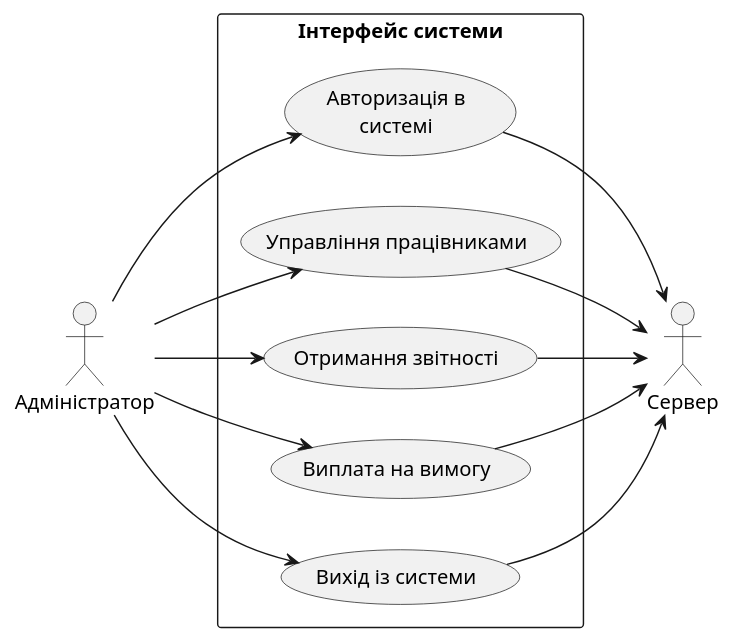
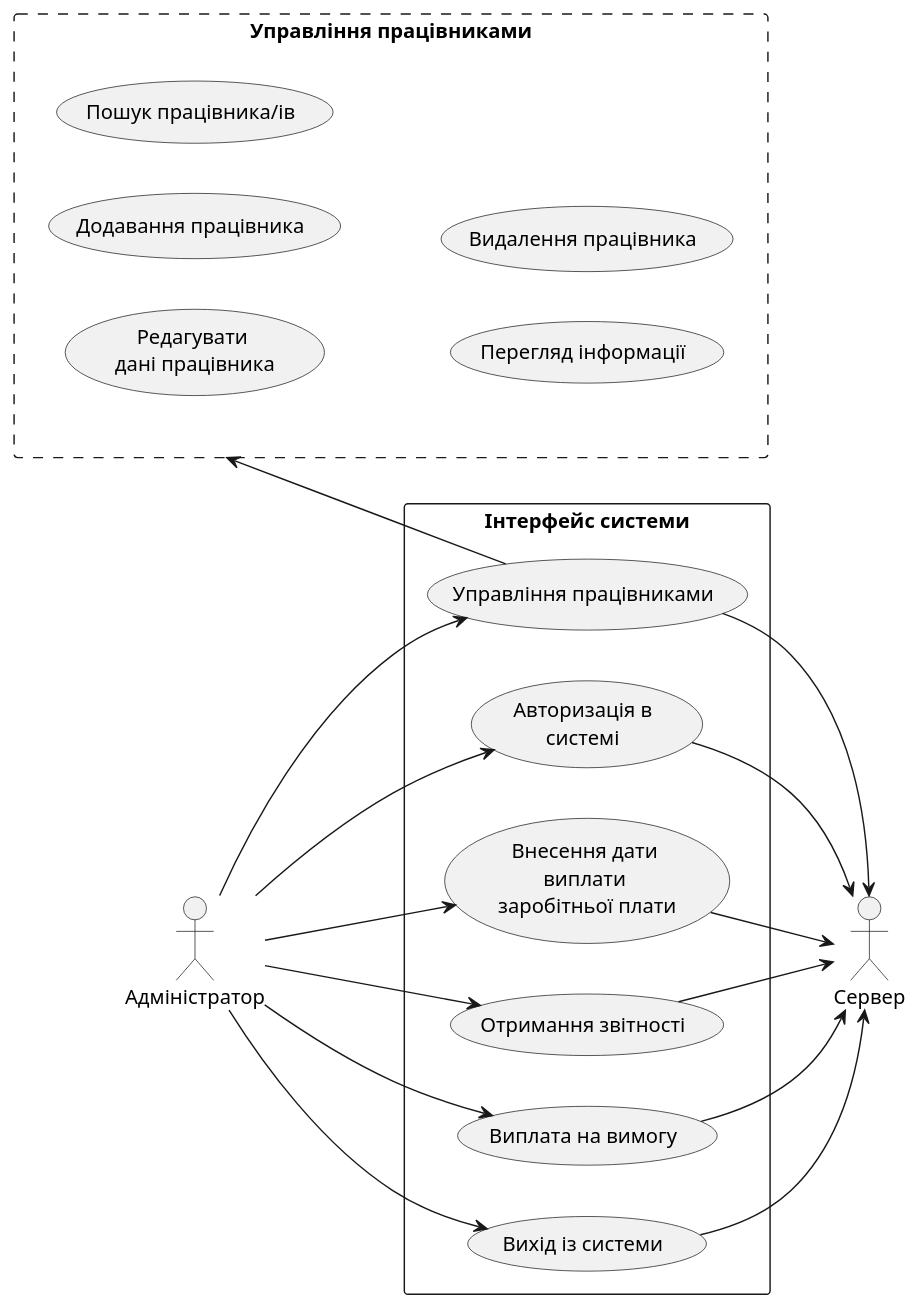
The diagram in Labs/Lab#1/Project/UML/ClientSide/action_diagram.puml (kzlk/PayrollEmployeeSystem), drawn with PlantUML before and after one commit. The commit also changed 112 other files, not shown here.

```diff
--- a/Labs/Lab#1/Project/UML/ClientSide/action_diagram.puml
+++ b/Labs/Lab#1/Project/UML/ClientSide/action_diagram.puml
@@ -1,25 +1,39 @@
 @startuml
 left to right direction
 actor "Адміністратор" as admin
 actor "Сервер" as server 
+left to right direction
+rectangle "Управління працівниками" as sw #line.dashed{
+  usecase "Редагувати \nдані працівника"
+  usecase "Додавання працівника"  
+  usecase "Пошук працівника/ів"
+  usecase "Перегляд інформації"
+  usecase "Видалення працівника"
+
+}
+
 rectangle "Інтерфейс системи" {
   usecase "Авторизація в\nсистемі" as UC1
   usecase "Управління працівниками" as UC2
   usecase "Отримання звітності" as UC3
-
   usecase "Виплата на вимогу" as UC5
   usecase "Вихід із системи" as UC6
+  usecase "Внесення дати \nвиплати \nзаробітньої плати" as UC7
 }
+
+UC2 -up-> sw
+
 admin --> UC1
 admin --> UC2
 admin --> UC3
 admin --> UC5
 admin --> UC6
+admin --> UC7
 
 UC1 --> server
 UC2 --> server
 UC3 --> server
 UC5 --> server
 UC6 --> server
-
+UC7 --> server
 @enduml
```
